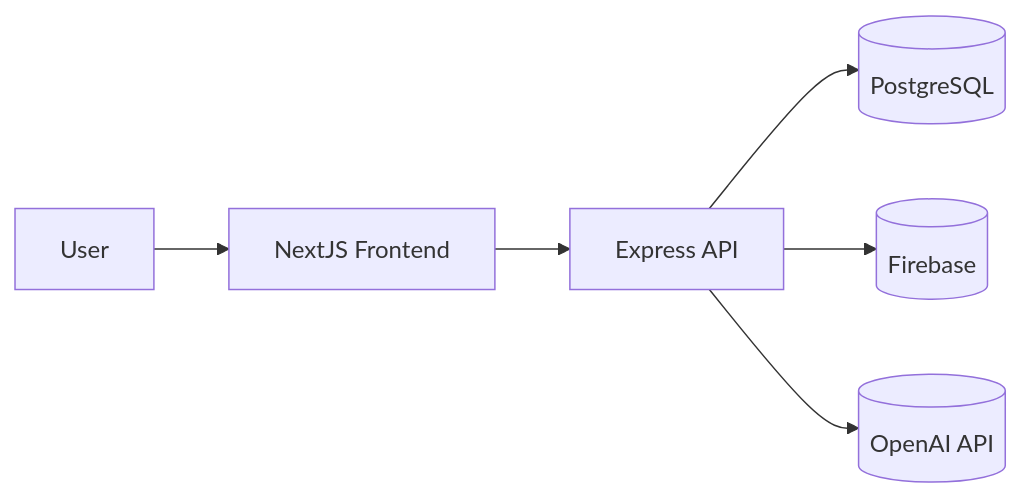
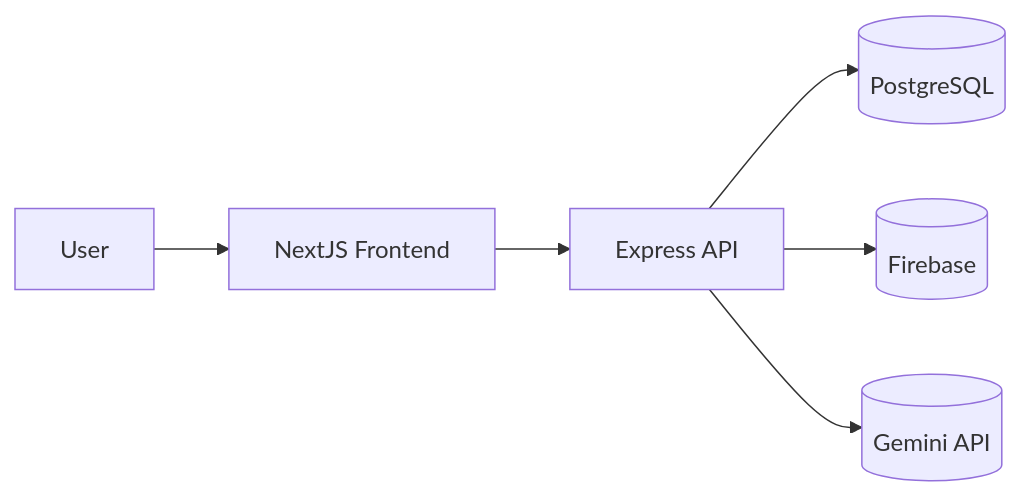
Before and after one commit to Tunaanhgamedev/AV_EngApp: the first of 2 diagrams in README.md, drawn with Mermaid. The commit also changed other lines of this file, not shown here.

````diff
--- a/README.md
+++ b/README.md
@@ -154,8 +154,8 @@
 ```mermaid
 flowchart LR
     USER[User] --> FRONTEND[NextJS Frontend]
     FRONTEND --> BACKEND[Express API]
     BACKEND --> DB[(PostgreSQL)]
     BACKEND --> FIREBASE[(Firebase)]
-    BACKEND --> OPENAI[(OpenAI API)]
+    BACKEND --> GEMINIAI[(Gemini API)]
 ```
````
